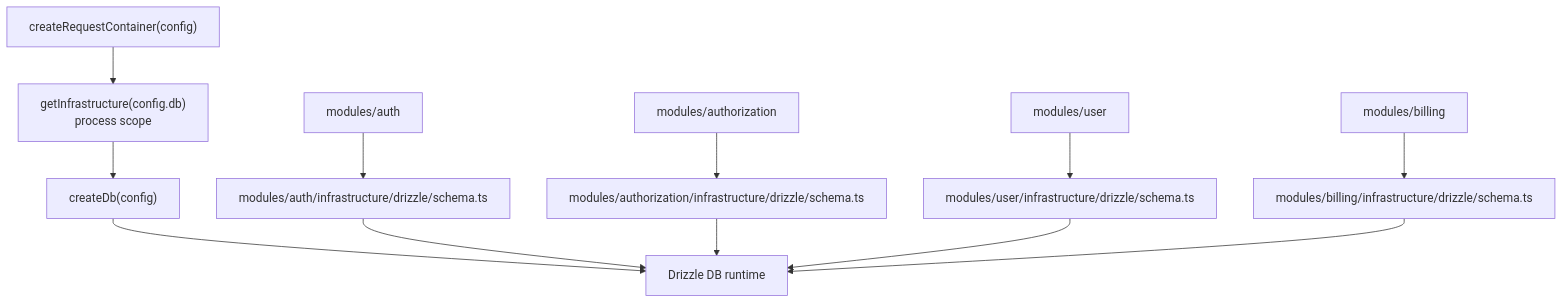
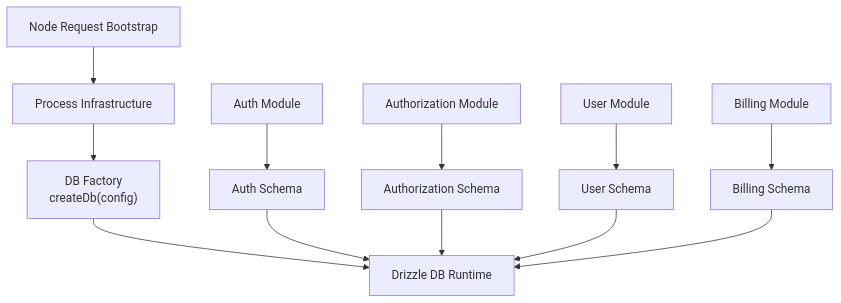
One commit to wmitrus/nextjs-16-boilerplate changed the diagram in docs/architecture/04 – DB Ownership.md. Above: the diagram before and after it, drawn with Mermaid.

Commit message:
style: update DB Ownership diagram for clarity and consistency

````diff
--- a/docs/architecture/04 – DB Ownership.md
+++ b/docs/architecture/04 – DB Ownership.md
@@ -3,32 +3,30 @@
 ```mermaid
 flowchart TD
 
-BOOT["createRequestContainer(config)"]
-INFRA["getInfrastructure(config.db)\nprocess scope"]
-CREATEDB["createDb(config)"]
-DB["Drizzle DB runtime"]
+Boot["Node Request Bootstrap"]
+Infra["Process Infrastructure"]
+DbFactory["DB Factory\ncreateDb(config)"]
+Db["Drizzle DB Runtime"]
 
-AUTHMOD["modules/auth"]
-AUTHZMOD["modules/authorization"]
-USERMOD["modules/user"]
-BILLINGMOD["modules/billing"]
+AuthMod["Auth Module"]
+AuthzMod["Authorization Module"]
+UserMod["User Module"]
+BillingMod["Billing Module"]
 
-SCHEMA_AUTH["modules/auth/infrastructure/drizzle/schema.ts"]
-SCHEMA_AUTHZ["modules/authorization/infrastructure/drizzle/schema.ts"]
-SCHEMA_USER["modules/user/infrastructure/drizzle/schema.ts"]
-SCHEMA_BILLING["modules/billing/infrastructure/drizzle/schema.ts"]
+SchemaAuth["Auth Schema"]
+SchemaAuthz["Authorization Schema"]
+SchemaUser["User Schema"]
+SchemaBilling["Billing Schema"]
 
-BOOT --> INFRA
-INFRA --> CREATEDB
-CREATEDB --> DB
+Boot --> Infra --> DbFactory --> Db
 
-AUTHMOD --> SCHEMA_AUTH
-AUTHZMOD --> SCHEMA_AUTHZ
-USERMOD --> SCHEMA_USER
-BILLINGMOD --> SCHEMA_BILLING
+AuthMod --> SchemaAuth
+AuthzMod --> SchemaAuthz
+UserMod --> SchemaUser
+BillingMod --> SchemaBilling
 
-SCHEMA_AUTH --> DB
-SCHEMA_AUTHZ --> DB
-SCHEMA_USER --> DB
-SCHEMA_BILLING --> DB
+SchemaAuth --> Db
+SchemaAuthz --> Db
+SchemaUser --> Db
+SchemaBilling --> Db
 ```
````
